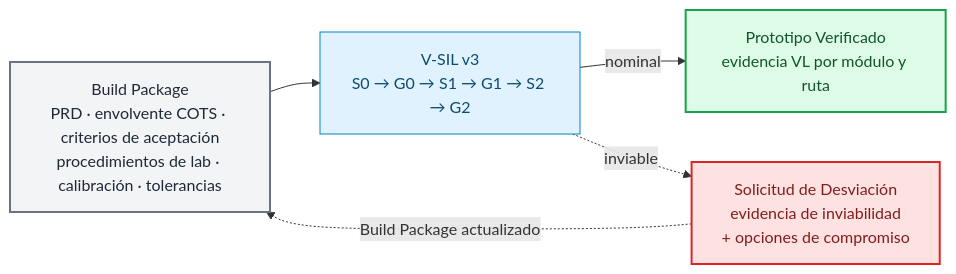
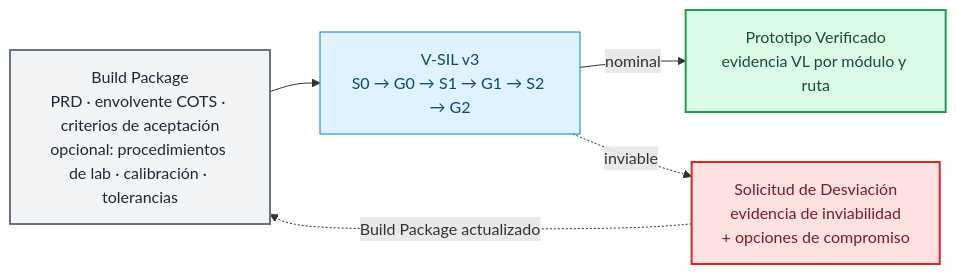
The first of 11 diagrams in methodology/V-SIL-v3/V-SIL_v3-spa.md (dramirezbe/codeanvil-gcpds), drawn with Mermaid before and after one commit. The commit also changed other lines of this file and 3 other files, not shown here.

````diff
--- a/methodology/V-SIL-v3/V-SIL_v3-spa.md
+++ b/methodology/V-SIL-v3/V-SIL_v3-spa.md
@@ -13,17 +13,17 @@
 ```mermaid
 flowchart LR
     classDef input fill:#f3f4f6,stroke:#6b7280,color:#1f2937,stroke-width:2px
     classDef vsil fill:#e0f2fe,stroke:#0284c7,color:#0c4a6e
     classDef output fill:#dcfce7,stroke:#16a34a,color:#14532d,stroke-width:2px
     classDef rfd fill:#fee2e2,stroke:#dc2626,color:#7f1d1d,stroke-width:2px
 
-    IN["Build Package<br/>PRD · envolvente COTS · criterios de aceptación<br/>procedimientos de lab · calibración · tolerancias"]:::input
+    IN["Build Package<br/>PRD · envolvente COTS · criterios de aceptación<br/>opcional: procedimientos de lab · calibración · tolerancias"]:::input
     VSIL["V-SIL v3<br/>S0 → G0 → S1 → G1 → S2 → G2"]:::vsil
     OUT["Prototipo Verificado<br/>evidencia VL por módulo y ruta"]:::output
     RFD["Solicitud de Desviación<br/>evidencia de inviabilidad<br/>+ opciones de compromiso"]:::rfd
 
     IN --> VSIL
     VSIL -->|nominal| OUT
     VSIL -.->|inviable| RFD
     RFD -.->|Build Package actualizado| IN
 ```
````
